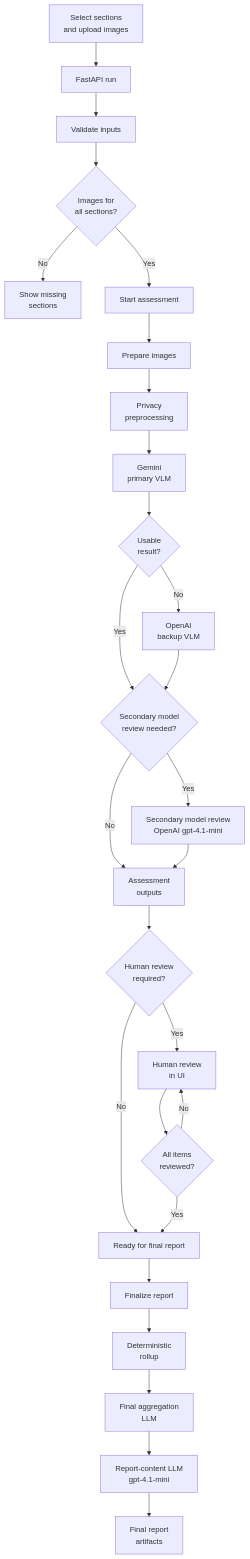
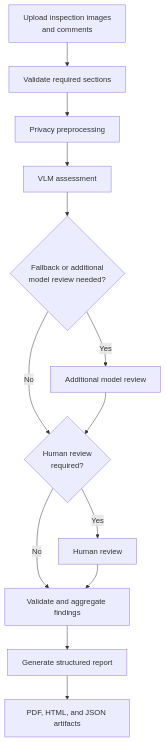
The first of 2 diagrams in README.md (adityaviolin824/SchoolReview-AI), drawn with Mermaid before and after one commit.

````diff
--- a/README.md
+++ b/README.md
@@ -59,32 +59,18 @@
 ```mermaid
 flowchart TD
-    User["Select sections<br/>and upload images"] --> API["FastAPI run"]
-    API --> Validate["Validate inputs"]
-    Validate --> Ready{"Images for<br/>all sections?"}
-    Ready -- "No" --> InputStatus["Show missing<br/>sections"]
-    Ready -- "Yes" --> Start["Start assessment"]
+    User["Upload inspection images<br/>and comments"] --> Validate["Validate required sections"]
+    Validate --> Privacy["Privacy preprocessing"]
+    Privacy --> Assessment["VLM assessment"]
 
-    Start --> Prepare["Prepare images"]
-    Prepare --> Privacy["Privacy<br/>preprocessing"]
-    Privacy --> Primary["Gemini<br/>primary VLM"]
-    Primary --> PrimaryUsable{"Usable<br/>result?"}
-    PrimaryUsable -- "No" --> Backup["OpenAI<br/>backup VLM"]
-    PrimaryUsable -- "Yes" --> ReviewCheck{"Secondary model<br/>review needed?"}
-    Backup --> ReviewCheck
-    ReviewCheck -- "Yes" --> ReviewModel["Secondary model review<br/>OpenAI gpt-4.1-mini"]
-    ReviewCheck -- "No" --> Outputs["Assessment<br/>outputs"]
-    ReviewModel --> Outputs
+    Assessment --> ModelCheck{"Fallback or additional<br/>model review needed?"}
+    ModelCheck -- "Yes" --> ModelReview["Additional model review"]
+    ModelCheck -- "No" --> ReviewGate{"Human review<br/>required?"}
+    ModelReview --> ReviewGate
 
-    Outputs --> Queue{"Human review<br/>required?"}
-    Queue -- "Yes" --> HumanReview["Human review<br/>in UI"]
-    Queue -- "No" --> ReadyReport["Ready for final report"]
-    HumanReview --> Gate{"All items<br/>reviewed?"}
-    Gate -- "No" --> HumanReview
-    Gate -- "Yes" --> ReadyReport
+    ReviewGate -- "Yes" --> HumanReview["Human review"]
+    ReviewGate -- "No" --> Aggregate["Validate and aggregate findings"]
+    HumanReview --> Aggregate
 
-    ReadyReport --> FinalizeReport["Finalize report"]
-    FinalizeReport --> Rollup["Deterministic<br/>rollup"]
-    Rollup --> Aggregation["Final aggregation<br/>LLM"]
-    Aggregation --> ReportContent["Report-content LLM<br/>gpt-4.1-mini"]
-    ReportContent --> Artifacts["Final report<br/>artifacts"]
+    Aggregate --> Report["Generate structured report"]
+    Report --> Artifacts["PDF, HTML, and JSON artifacts"]
 ```
````
